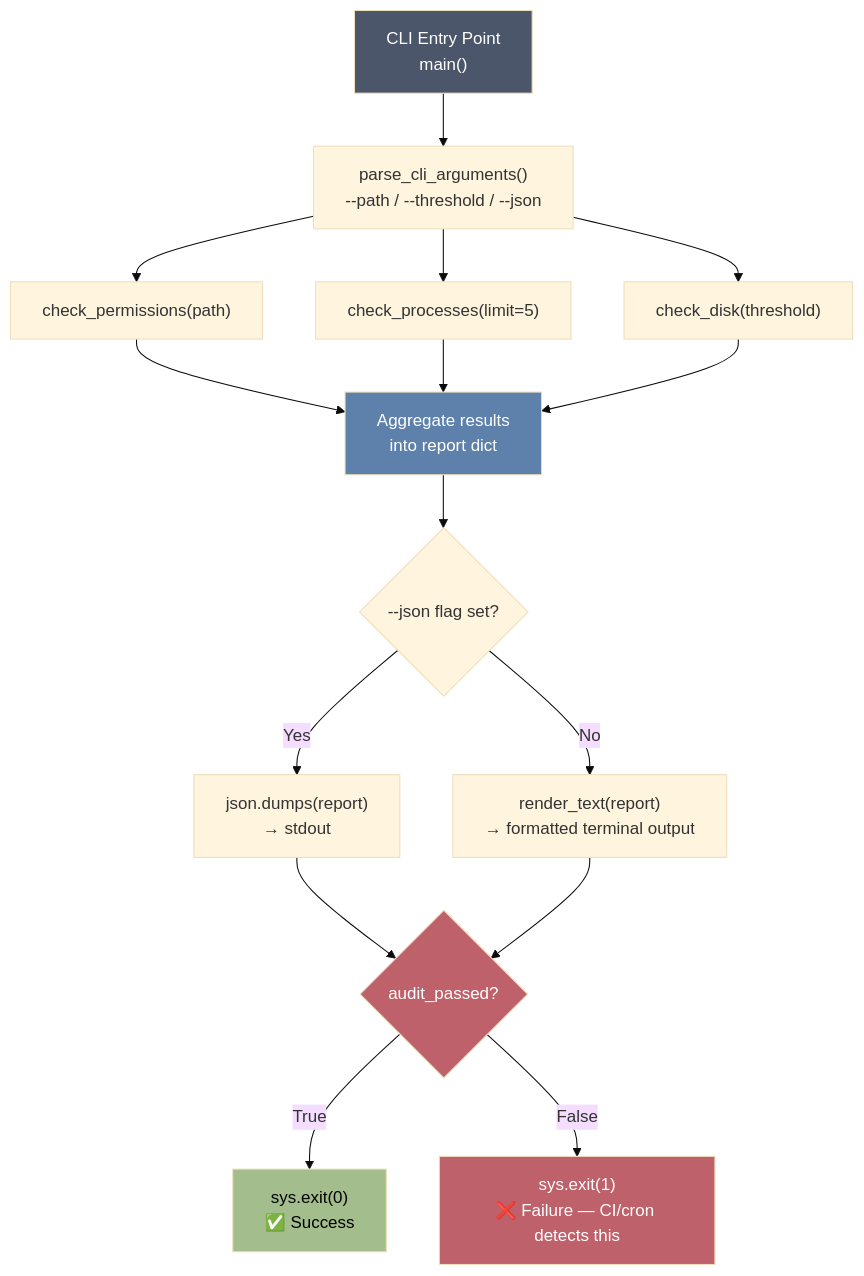
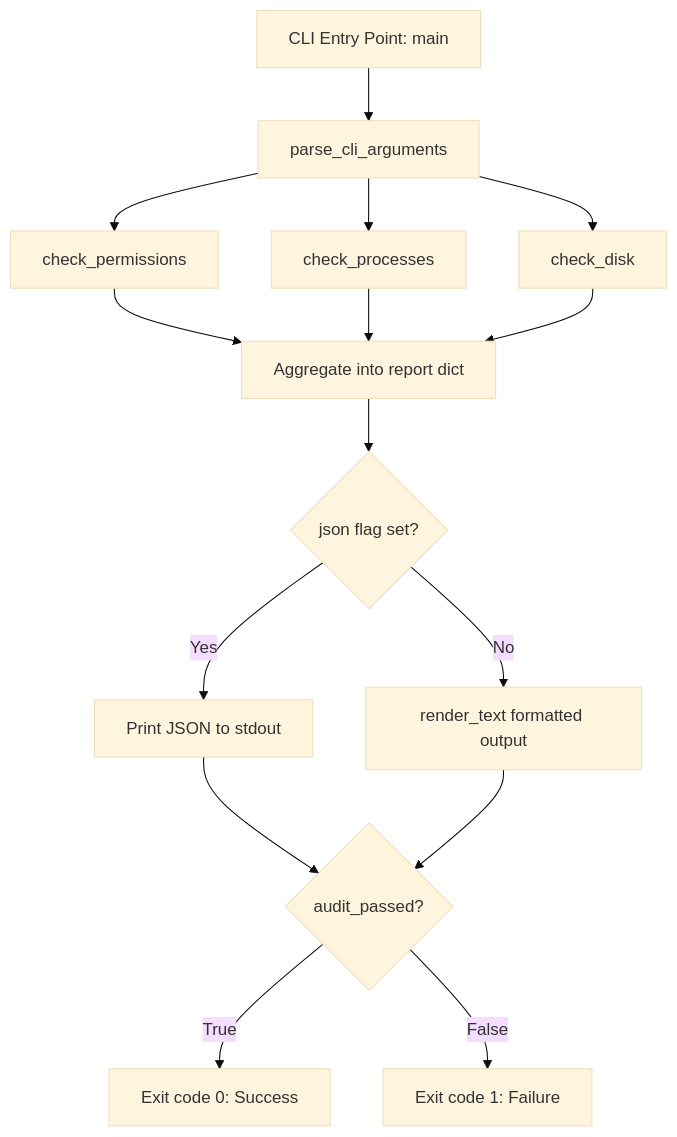
One commit to ayoubmouhib/sysaudit changed the diagram in README.md. Above: the diagram before and after it, drawn with Mermaid (base theme).

Commit message:
Modify the README File.

````diff
--- a/README.md
+++ b/README.md
@@ -49,26 +49,17 @@
 ```mermaid
 flowchart TD
-    A["CLI Entry Point<br/>main()"] --> B["parse_cli_arguments()<br/>--path / --threshold / --json"]
-    B --> C1["check_permissions(path)"]
-    B --> C2["check_processes(limit=5)"]
-    B --> C3["check_disk(threshold)"]
-
-    C1 --> D["Aggregate results<br/>into report dict"]
+    A[CLI Entry Point: main] --> B[parse_cli_arguments]
+    B --> C1[check_permissions]
+    B --> C2[check_processes]
+    B --> C3[check_disk]
+    C1 --> D[Aggregate into report dict]
     C2 --> D
     C3 --> D
-
-    D --> E{"--json flag set?"}
-    E -->|Yes| F["json.dumps(report)<br/>→ stdout"]
-    E -->|No| G["render_text(report)<br/>→ formatted terminal output"]
-
-    F --> H{"audit_passed?"}
+    D --> E{json flag set?}
+    E -- Yes --> F[Print JSON to stdout]
+    E -- No --> G[render_text formatted output]
+    F --> H{audit_passed?}
     G --> H
-    H -->|True| I["sys.exit(0)<br/>✅ Success"]
-    H -->|False| J["sys.exit(1)<br/>❌ Failure — CI/cron detects this"]
-
-    style A fill:#4C566A,color:#fff
-    style D fill:#5E81AC,color:#fff
-    style H fill:#BF616A,color:#fff
-    style I fill:#A3BE8C,color:#000
-    style J fill:#BF616A,color:#fff
+    H -- True --> I[Exit code 0: Success]
+    H -- False --> J[Exit code 1: Failure]
 ```
````
